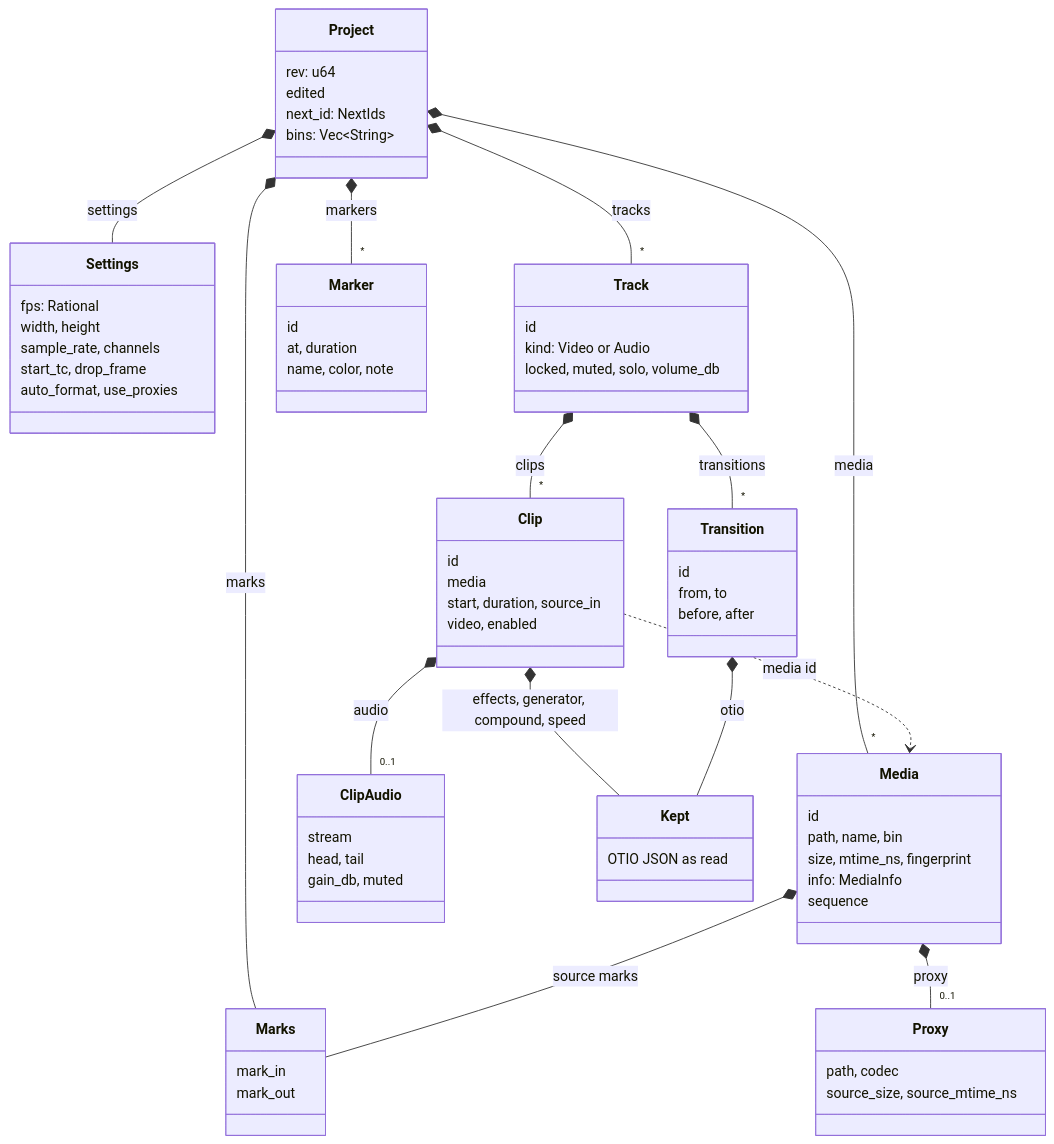
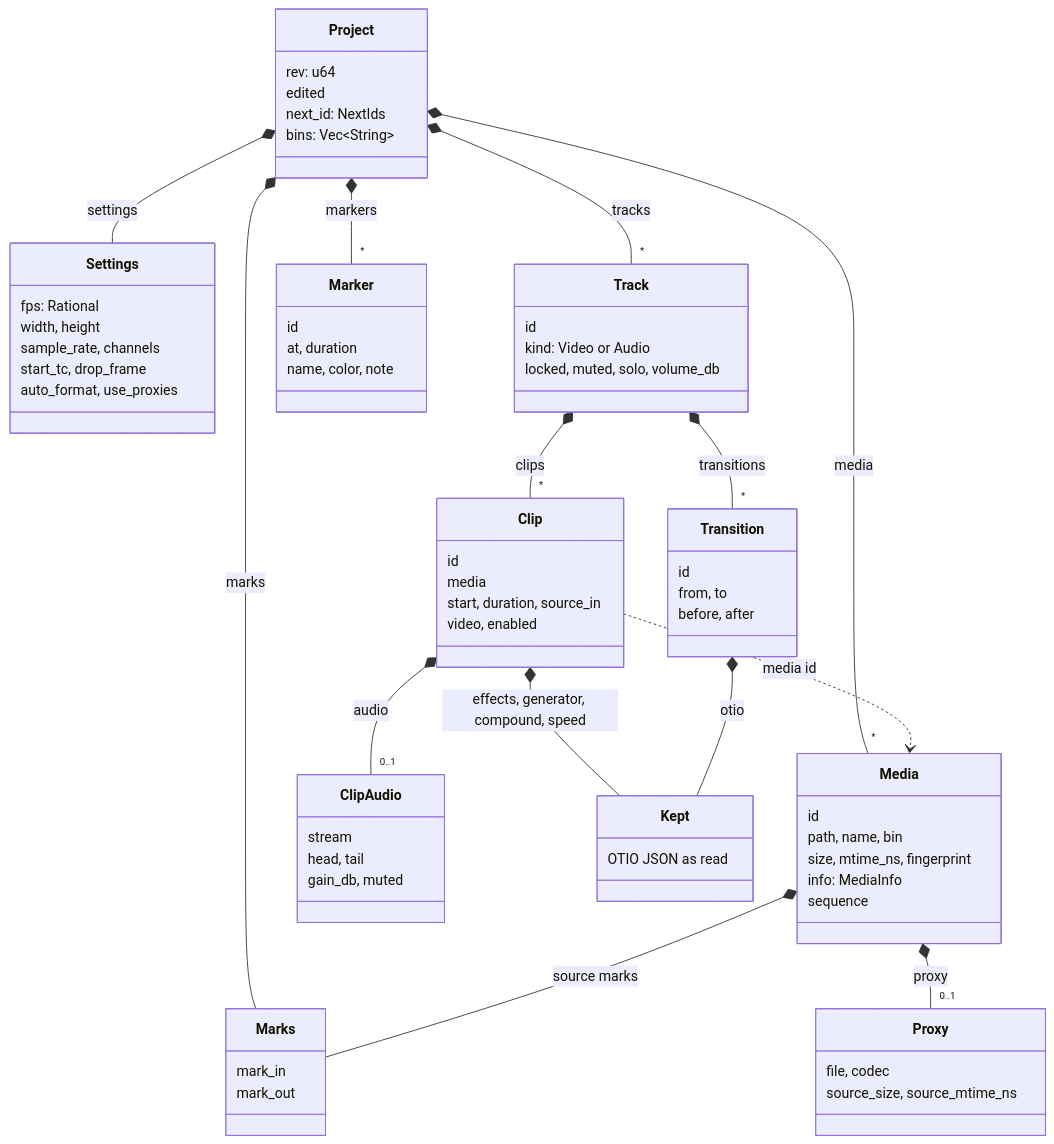
One commit to oittaa/vidcut changed the first of 2 diagrams in docs/design/model.md. Above: the diagram before and after it, drawn with Mermaid. The commit also changed other lines of this file and 21 other files, not shown here.

````diff
--- a/docs/design/model.md
+++ b/docs/design/model.md
@@ -5,73 +5,73 @@
 ```mermaid
 classDiagram
   class Project {
     rev: u64
     edited
     next_id: NextIds
     bins: Vec~String~
   }
   class Settings {
     fps: Rational
     width, height
     sample_rate, channels
     start_tc, drop_frame
     auto_format, use_proxies
   }
   class Media {
     id
     path, name, bin
     size, mtime_ns, fingerprint
     info: MediaInfo
     sequence
   }
   class Proxy {
-    path, codec
+    file, codec
     source_size, source_mtime_ns
   }
   class Track {
     id
     kind: Video or Audio
     locked, muted, solo, volume_db
   }
   class Clip {
     id
     media
     start, duration, source_in
     video, enabled
   }
   class ClipAudio {
     stream
     head, tail
     gain_db, muted
   }
   class Transition {
     id
     from, to
     before, after
   }
   class Marker {
     id
     at, duration
     name, color, note
   }
   class Marks {
     mark_in
     mark_out
   }
   class Kept {
     OTIO JSON as read
   }
   Project *-- Settings : settings
   Project *-- "*" Media : media
   Project *-- "*" Track : tracks
   Project *-- "*" Marker : markers
   Project *-- Marks : marks
   Media *-- Marks : source marks
   Media *-- "0..1" Proxy : proxy
   Track *-- "*" Clip : clips
   Track *-- "*" Transition : transitions
   Clip *-- "0..1" ClipAudio : audio
   Clip ..> Media : media id
   Clip *-- Kept : effects, generator, compound, speed
   Transition *-- Kept : otio
 ```
````
